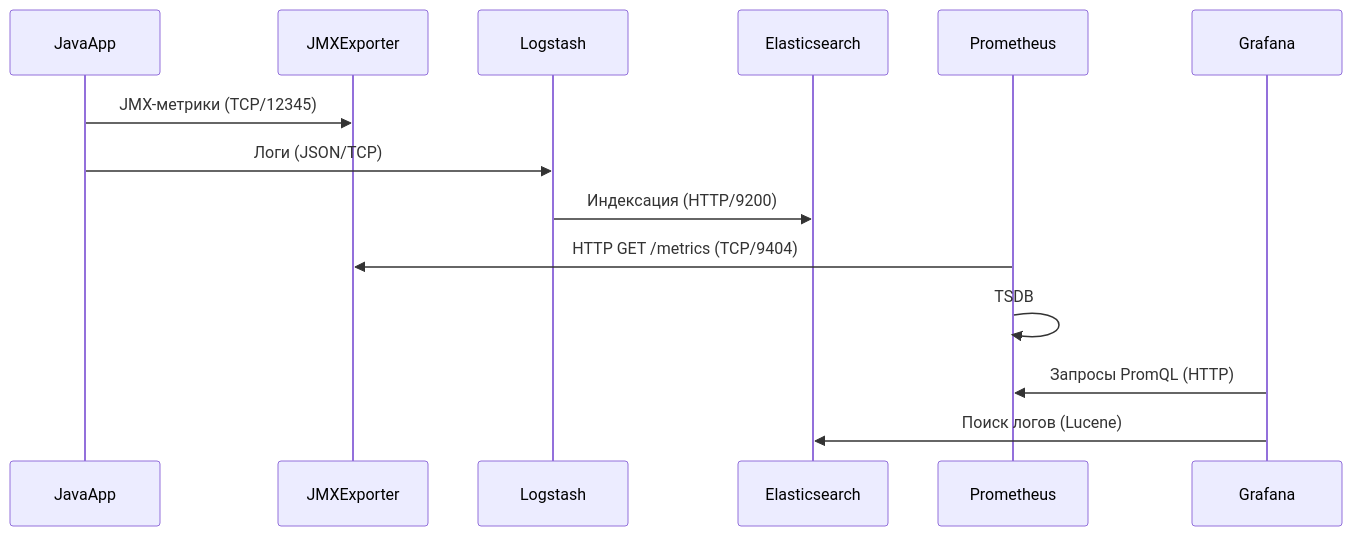
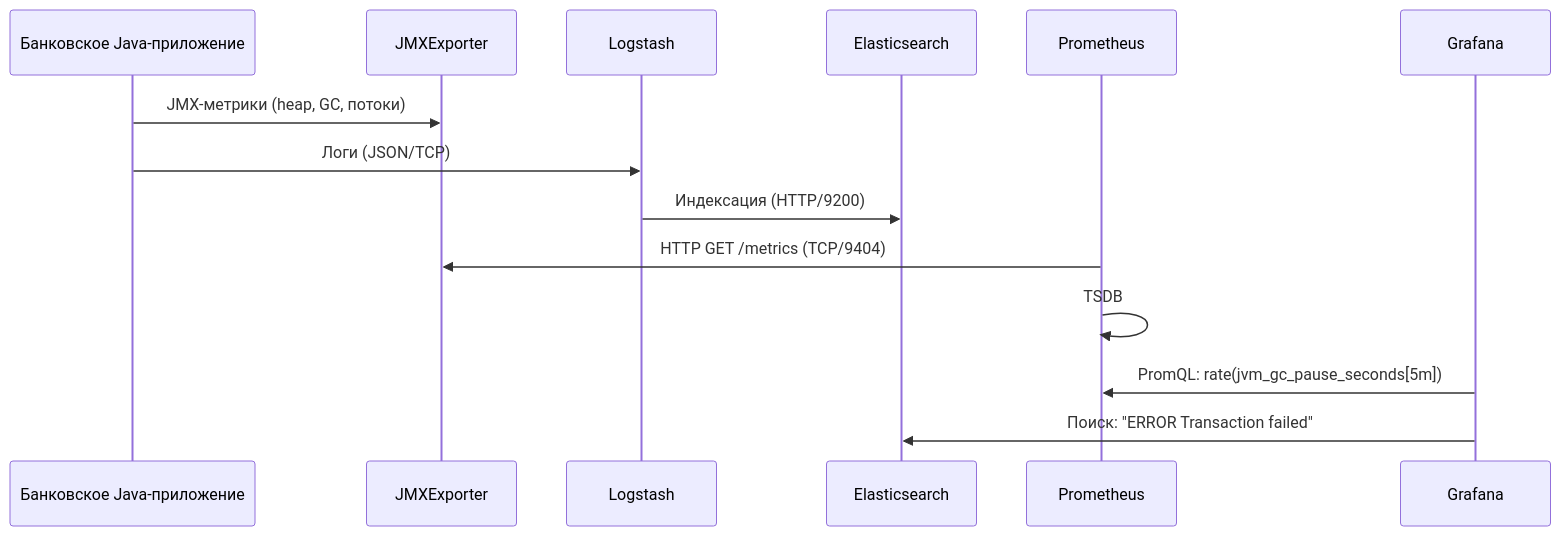
One commit to lamjob1993/linux-monitoring changed the third of 6 diagrams in Introduction_monitoring/README.md. Above: the diagram before and after it, drawn with Mermaid. The commit also changed other lines of this file, not shown here.

````diff
--- a/Introduction_monitoring/README.md
+++ b/Introduction_monitoring/README.md
@@ -133,17 +132,17 @@
 ```mermaid  
 sequenceDiagram  
-    participant JavaApp  
+    participant JavaApp as Банковское Java-приложение  
     participant JMXExporter  
     participant Logstash  
     participant Elasticsearch  
     participant Prometheus  
     participant Grafana  
 
-    JavaApp->>JMXExporter: JMX-метрики (TCP/12345)  
+    JavaApp->>JMXExporter: JMX-метрики (heap, GC, потоки)  
     JavaApp->>Logstash: Логи (JSON/TCP)  
     Logstash->>Elasticsearch: Индексация (HTTP/9200)  
     Prometheus->>JMXExporter: HTTP GET /metrics (TCP/9404)  
     Prometheus->>Prometheus: TSDB  
-    Grafana->>Prometheus: Запросы PromQL (HTTP)  
-    Grafana->>Elasticsearch: Поиск логов (Lucene)  
+    Grafana->>Prometheus: PromQL: rate(jvm_gc_pause_seconds[5m])  
+    Grafana->>Elasticsearch: Поиск: "ERROR Transaction failed"  
 ```  
````
